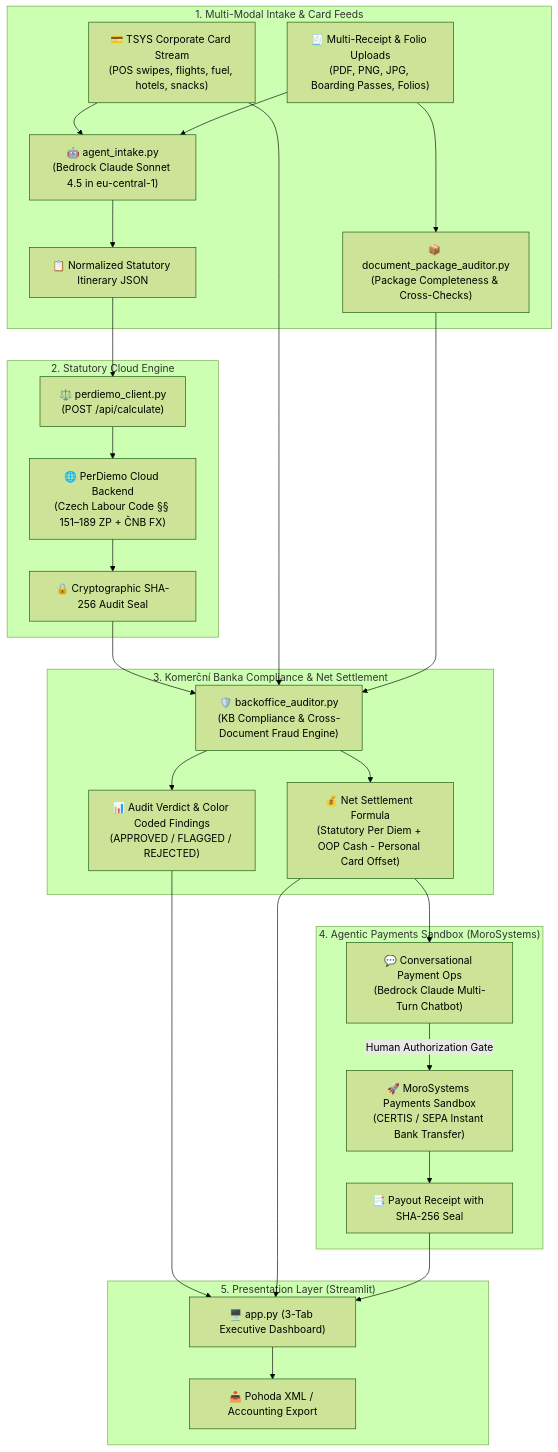
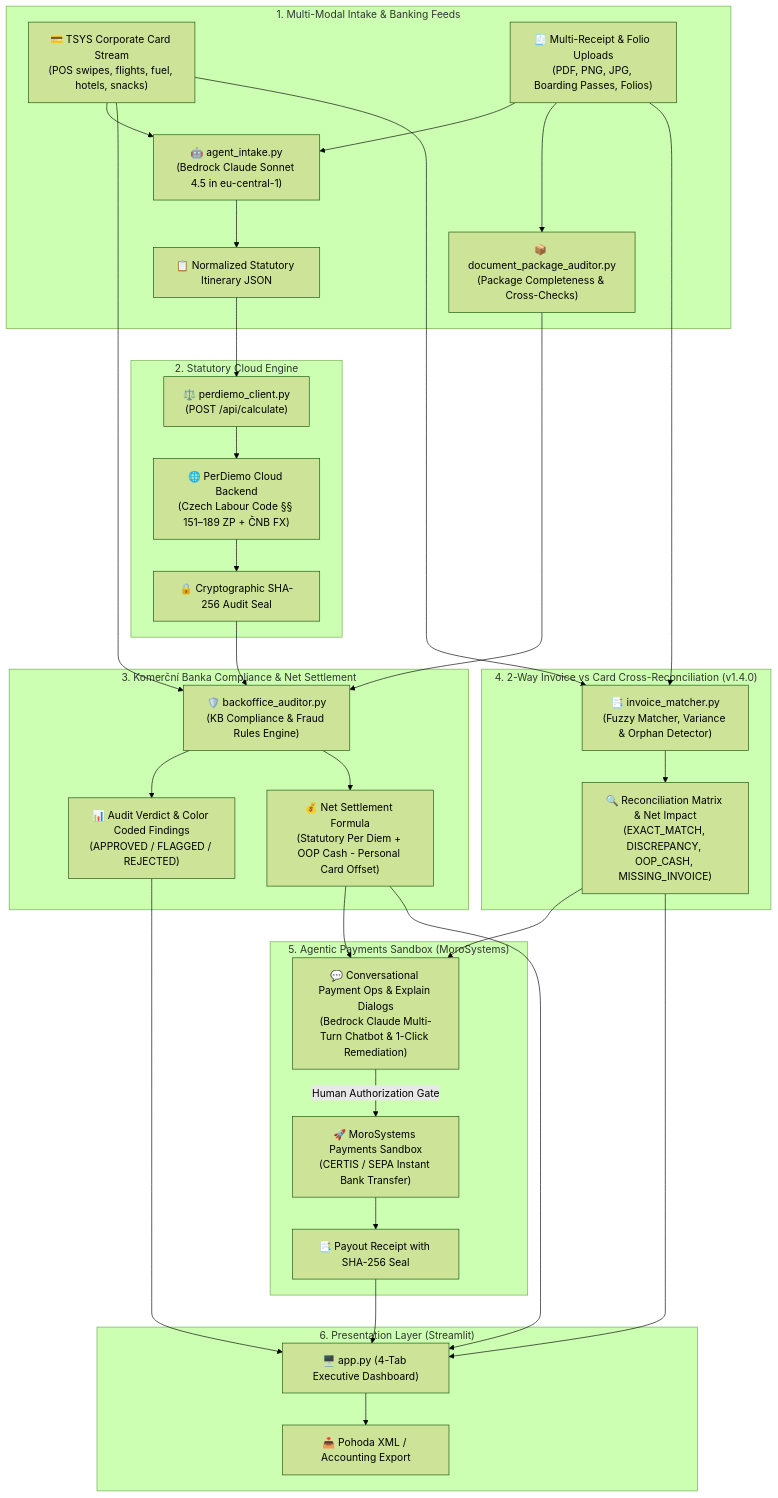
The diagram in AGENTS.md (dataquo/perdiemo-fintechers-hackathon-2026), drawn with Mermaid (forest theme) before and after one commit. The commit also changed other lines of this file and 9 other files, not shown here.

First line of the commit message:
feat(reconciliation) (v1.4.0(: add 2-way invoice vs banking cross-matching engine

````diff
--- a/AGENTS.md
+++ b/AGENTS.md
@@ -27,37 +27,45 @@
 ```mermaid
 flowchart TD
-    subgraph INTAKE["1. Multi-Modal Intake & Card Feeds"]
+    subgraph INTAKE["1. Multi-Modal Intake & Banking Feeds"]
         A["💳 TSYS Corporate Card Stream<br/>(POS swipes, flights, fuel, hotels, snacks)"] --> C
         B["🧾 Multi-Receipt & Folio Uploads<br/>(PDF, PNG, JPG, Boarding Passes, Folios)"] --> C
         C["🤖 agent_intake.py<br/>(Bedrock Claude Sonnet 4.5 in eu-central-1)"]
         C --> D["📋 Normalized Statutory Itinerary JSON"]
         B --> PKG["📦 document_package_auditor.py<br/>(Package Completeness & Cross-Checks)"]
     end
 
     subgraph ENGINE["2. Statutory Cloud Engine"]
         D --> E["⚖️ perdiemo_client.py<br/>(POST /api/calculate)"]
         E --> F["🌐 PerDiemo Cloud Backend<br/>(Czech Labour Code §§ 151–189 ZP + ČNB FX)"]
         F --> G["🔒 Cryptographic SHA-256 Audit Seal"]
     end
 
     subgraph AUDIT["3. Komerční Banka Compliance & Net Settlement"]
-        G --> H["🛡️ backoffice_auditor.py<br/>(KB Compliance & Cross-Document Fraud Engine)"]
+        G --> H["🛡️ backoffice_auditor.py<br/>(KB Compliance & Fraud Rules Engine)"]
         A --> H
         PKG --> H
         H --> I["📊 Audit Verdict & Color Coded Findings<br/>(APPROVED / FLAGGED / REJECTED)"]
         H --> J["💰 Net Settlement Formula<br/>(Statutory Per Diem + OOP Cash - Personal Card Offset)"]
     end
 
-    subgraph MONEY["4. Agentic Payments Sandbox (MoroSystems)"]
-        J --> K["💬 Conversational Payment Ops<br/>(Bedrock Claude Multi-Turn Chatbot)"]
+    subgraph MATCHING["4. 2-Way Invoice vs Card Cross-Reconciliation (v1.4.0)"]
+        B --> MTC["📑 invoice_matcher.py<br/>(Fuzzy Matcher, Variance & Orphan Detector)"]
+        A --> MTC
+        MTC --> MTR["🔍 Reconciliation Matrix & Net Impact<br/>(EXACT_MATCH, DISCREPANCY, OOP_CASH, MISSING_INVOICE)"]
+    end
+
+    subgraph MONEY["5. Agentic Payments Sandbox (MoroSystems)"]
+        J --> K["💬 Conversational Payment Ops & Explain Dialogs<br/>(Bedrock Claude Multi-Turn Chatbot & 1-Click Remediation)"]
+        MTR --> K
         K -->|Human Authorization Gate| L["🚀 MoroSystems Payments Sandbox<br/>(CERTIS / SEPA Instant Bank Transfer)"]
         L --> M["📑 Payout Receipt with SHA-256 Seal"]
     end
 
-    subgraph UI["5. Presentation Layer (Streamlit)"]
-        I --> N["🖥️ app.py (3-Tab Executive Dashboard)"]
+    subgraph UI["6. Presentation Layer (Streamlit)"]
+        I --> N["🖥️ app.py (4-Tab Executive Dashboard)"]
         J --> N
+        MTR --> N
         M --> N
         N --> O["📥 Pohoda XML / Accounting Export"]
     end
 ```
````
